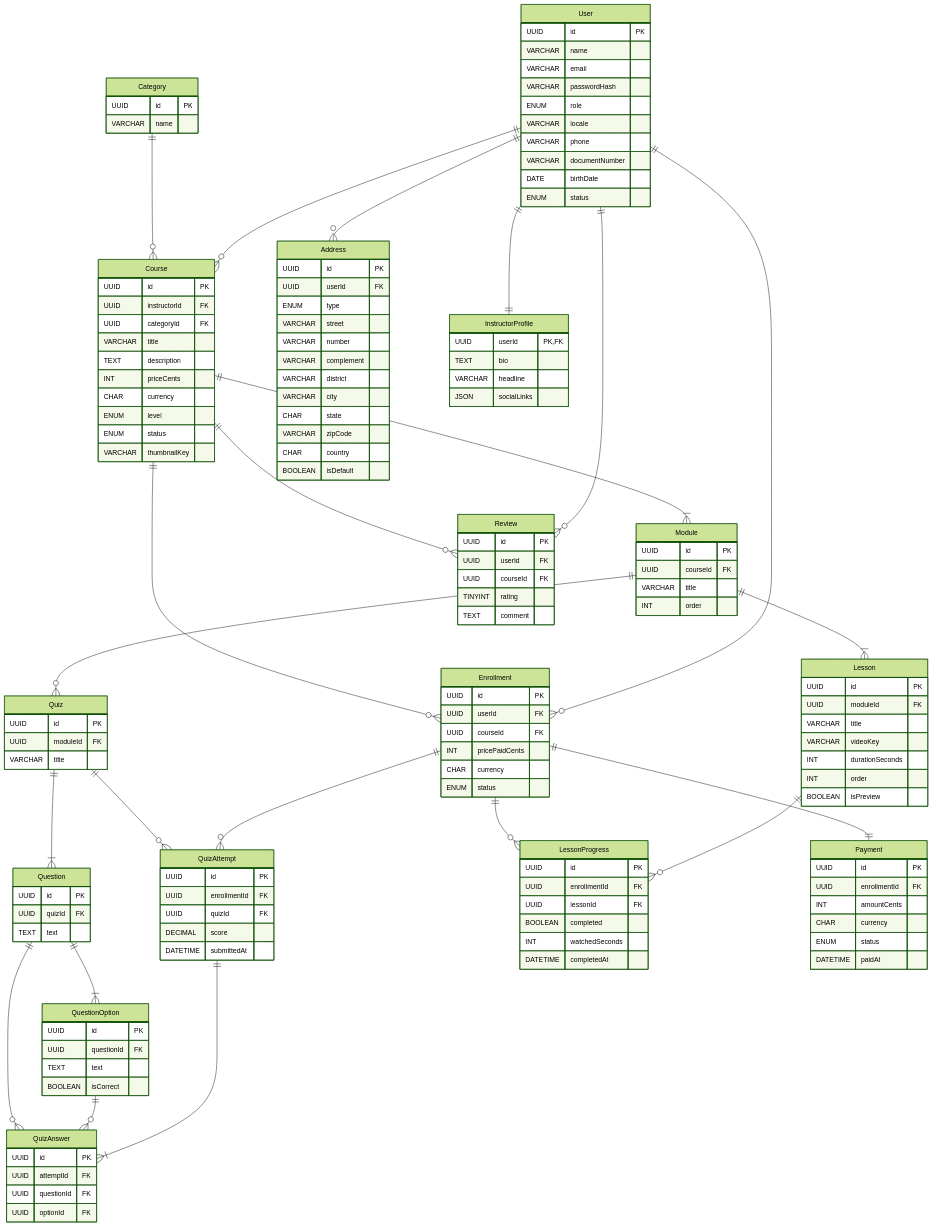
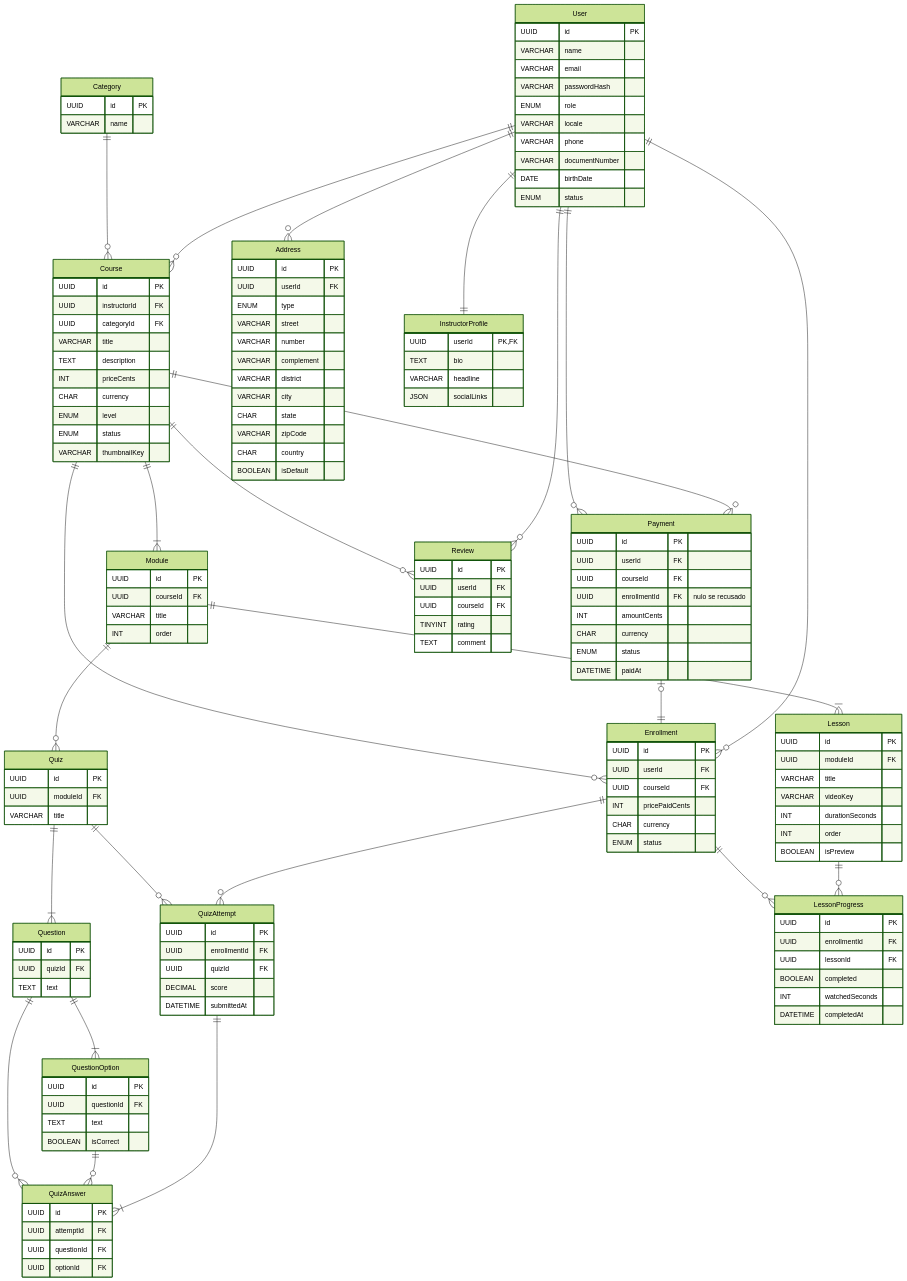
One commit to Plataforma-de-Cursos-TCC/plataforma-cursos-docs changed the first of 3 diagrams in docs/tdd.md. Above: the diagram before and after it, drawn with Mermaid (forest theme). The commit also changed other lines of this file and 2 other files, not shown here.

Commit message:
docs(modelo): allow Payment without Enrollment and drop frontend 75% target (#74)
UC003 E-2 says a refused payment creates no enrollment, so the ER cannot
bind Payment to Enrollment 1:1. Payment now references user and course
and carries a nullable enrollmentId, set only on approval. RNF006 sets the
75% coverage floor for the backend only, so the frontend row no longer
claims a target the requirements do not define.

```diff
--- a/docs/tdd.md
+++ b/docs/tdd.md
@@ -46,7 +46,9 @@
     Enrollment ||--o{ LessonProgress : ""
     Lesson ||--o{ LessonProgress : ""
     Course ||--o{ Enrollment : ""
-    Enrollment ||--|| Payment : ""
+    Payment |o--|| Enrollment : ""
+    User ||--o{ Payment : ""
+    Course ||--o{ Payment : ""
     Course ||--o{ Review : ""
     User ||--o{ Course : ""
     User ||--o{ Enrollment : ""
@@ -164,7 +166,9 @@
     }
     Payment {
         UUID id PK
-        UUID enrollmentId FK
+        UUID userId FK
+        UUID courseId FK
+        UUID enrollmentId FK "nulo se recusado"
         INT amountCents
         CHAR currency
         ENUM status
```
